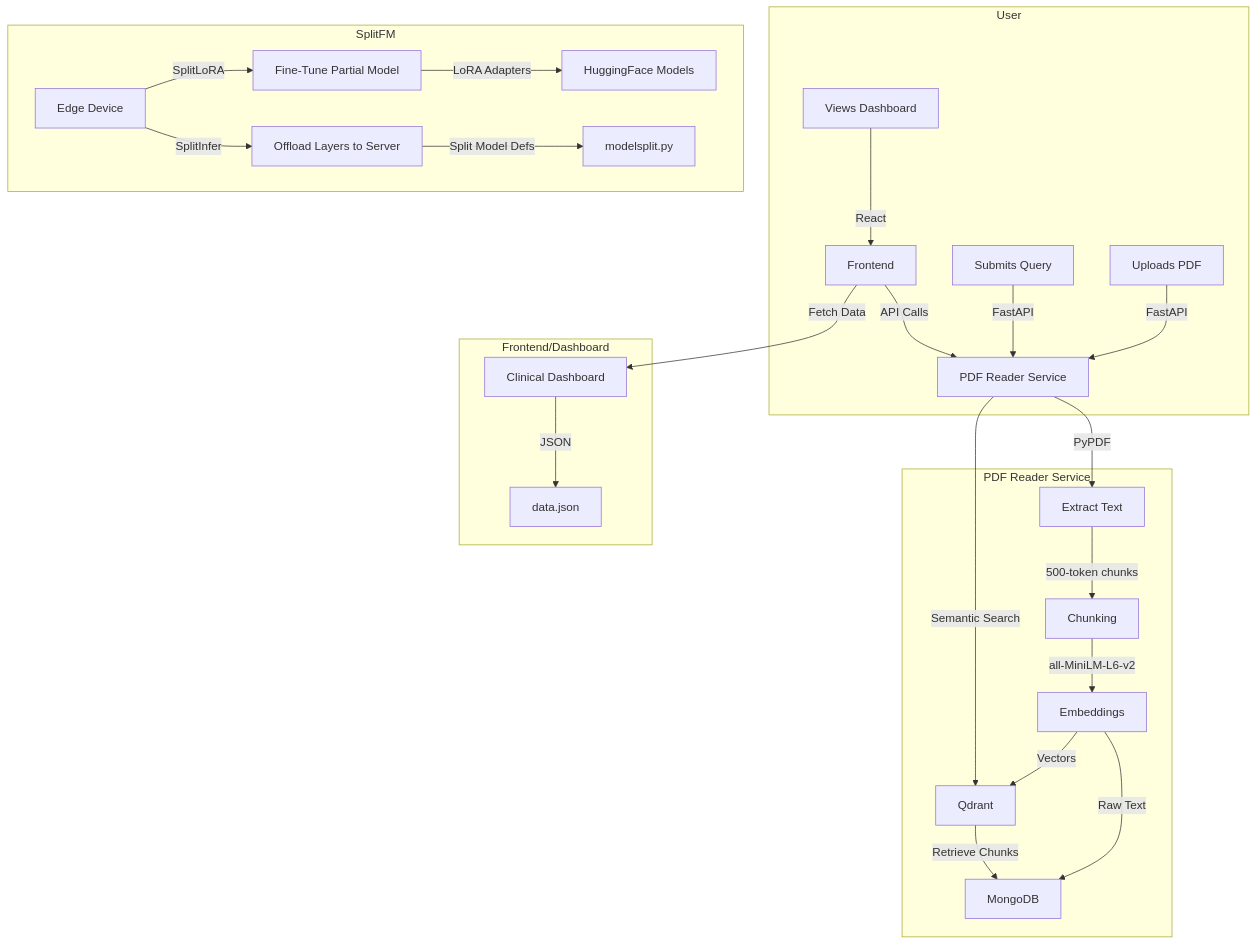
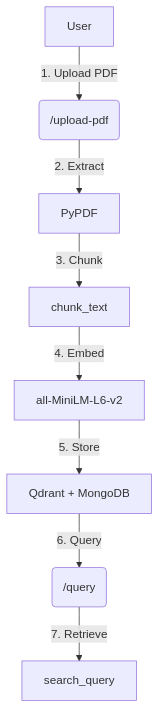
Before and after one commit to BurntDosa/CheckpointPlayground: the second of 2 diagrams in MASTER_CONTEXT.md, drawn with Mermaid. The commit also changed other lines of this file and 7 other files, not shown here.

````diff
--- a/MASTER_CONTEXT.md
+++ b/MASTER_CONTEXT.md
@@ -12,31 +50,10 @@
 ```mermaid
 graph TD
-    subgraph User
-        A[Uploads PDF] -->|FastAPI| B[PDF Reader Service]
-        C[Submits Query] -->|FastAPI| B
-        D[Views Dashboard] -->|React| E[Frontend]
-    end
-
-    subgraph PDF Reader Service
-        B -->|PyPDF| F[Extract Text]
-        F -->|500-token chunks| G[Chunking]
-        G -->|all-MiniLM-L6-v2| H[Embeddings]
-        H -->|Vectors| I[Qdrant]
-        H -->|Raw Text| J[MongoDB]
-        B -->|Semantic Search| I
-        I -->|Retrieve Chunks| J
-    end
-
-    subgraph SplitFM
-        K[Edge Device] -->|SplitLoRA| L[Fine-Tune Partial Model]
-        K -->|SplitInfer| M[Offload Layers to Server]
-        L -->|LoRA Adapters| N[HuggingFace Models]
-        M -->|Split Model Defs| O[modelsplit.py]
-    end
-
-    subgraph Frontend/Dashboard
-        E -->|API Calls| B
-        E -->|Fetch Data| P[Clinical Dashboard]
-        P -->|JSON| Q[data.json]
-    end
+    A[User] -->|1. Upload PDF| B(/upload-pdf)
+    B -->|2. Extract| C[PyPDF]
+    C -->|3. Chunk| D[chunk_text]
+    D -->|4. Embed| E[all-MiniLM-L6-v2]
+    E -->|5. Store| F[Qdrant + MongoDB]
+    F -->|6. Query| G(/query)
+    G -->|7. Retrieve| H[search_query]
 ```
````
